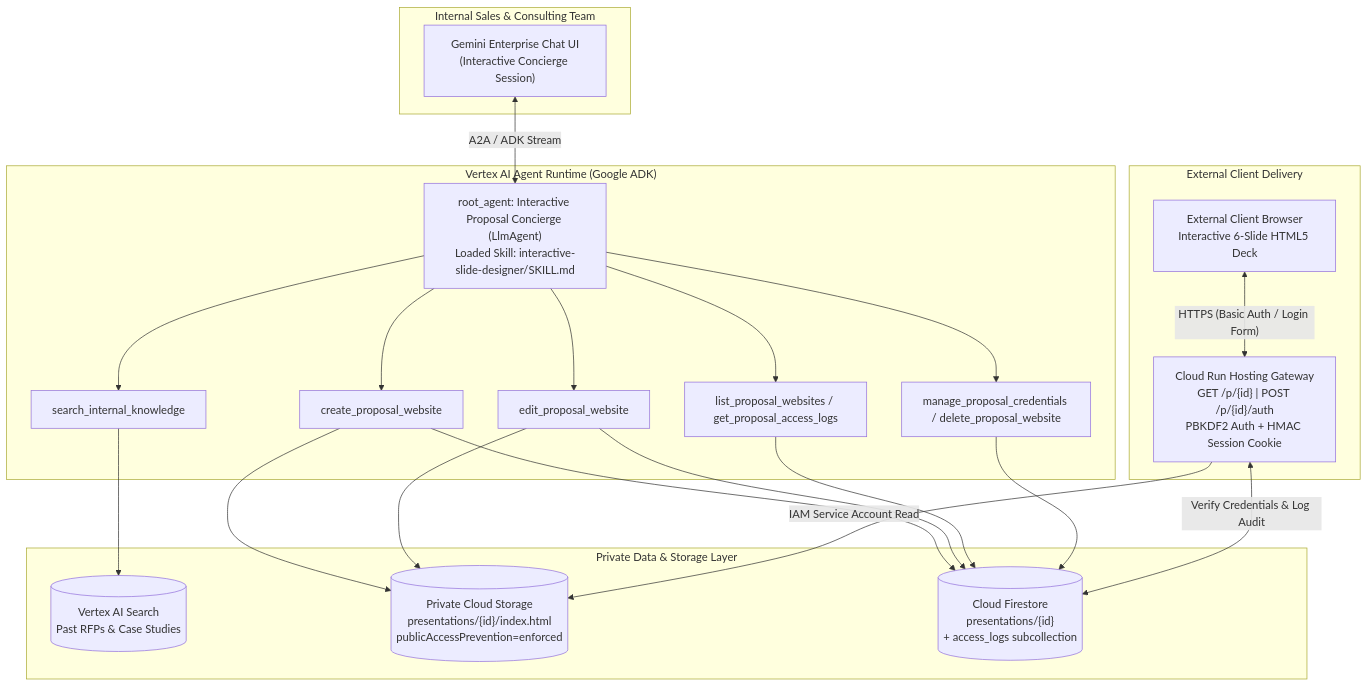
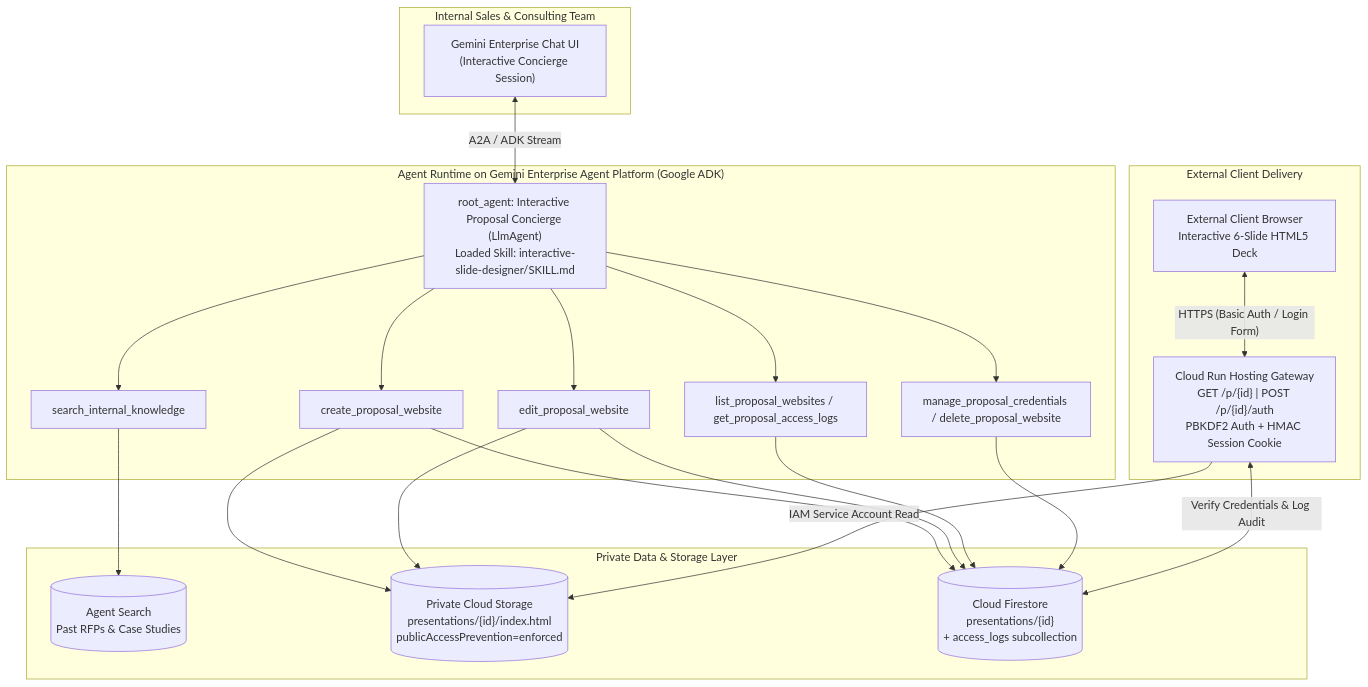
One commit to ryotat7/ge-proposal-site-publisher changed the diagram in README.md. Above: the diagram before and after it, drawn with Mermaid. The commit also changed other lines of this file and 9 other files, not shown here.

Commit message:
Standardize on Cloud Run + Private GCS + Firestore, Agent Platform branding, and Gemini 3.8 Flash

````diff
--- a/README.md
+++ b/README.md
@@ -21,35 +21,35 @@
 ```mermaid
 flowchart TB
     subgraph Internal["Internal Sales & Consulting Team"]
         GE["Gemini Enterprise Chat UI<br/>(Interactive Concierge Session)"]
     end
 
-    subgraph AgentRuntime["Vertex AI Agent Runtime (Google ADK)"]
+    subgraph AgentRuntime["Agent Runtime on Gemini Enterprise Agent Platform (Google ADK)"]
         Concierge["root_agent: Interactive Proposal Concierge (LlmAgent)<br/>Loaded Skill: interactive-slide-designer/SKILL.md"]
         T1["search_internal_knowledge"]
         T2["create_proposal_website"]
         T3["edit_proposal_website"]
         T4["list_proposal_websites / get_proposal_access_logs"]
         T5["manage_proposal_credentials / delete_proposal_website"]
         Concierge --> T1 & T2 & T3 & T4 & T5
     end
 
     subgraph DataLayer["Private Data & Storage Layer"]
-        VAS[("Vertex AI Search<br/>Past RFPs & Case Studies")]
+        VAS[("Agent Search<br/>Past RFPs & Case Studies")]
         GCS[("Private Cloud Storage<br/>presentations/{id}/index.html<br/>publicAccessPrevention=enforced")]
         FS[("Cloud Firestore<br/>presentations/{id}<br/>+ access_logs subcollection")]
     end
 
     subgraph ExternalDelivery["External Client Delivery"]
         CR["Cloud Run Hosting Gateway<br/>GET /p/{id} | POST /p/{id}/auth<br/>PBKDF2 Auth + HMAC Session Cookie"]
         Client["External Client Browser<br/>Interactive 6-Slide HTML5 Deck"]
     end
 
     GE <-->|"A2A / ADK Stream"| Concierge
     T1 --> VAS
     T2 & T3 --> GCS
     T2 & T3 & T4 & T5 --> FS
     Client <-->|"HTTPS (Basic Auth / Login Form)"| CR
     CR <-->|"Verify Credentials & Log Audit"| FS
     CR -->|"IAM Service Account Read"| GCS
 ```
````
